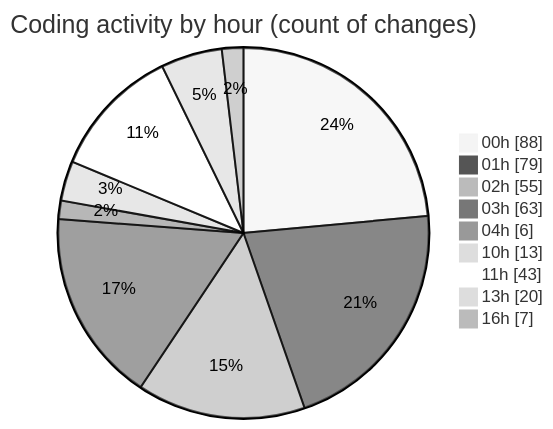
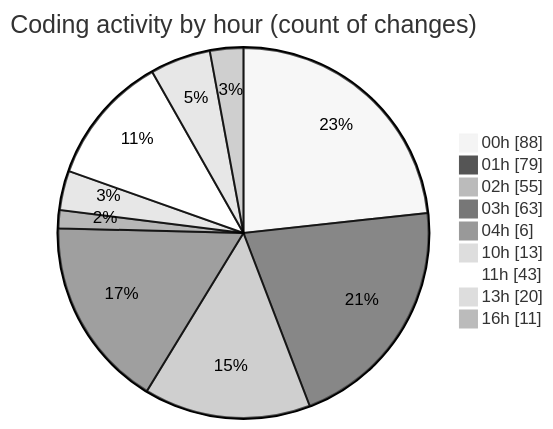
One commit to lephambinh05/code-tracking changed the second of 2 diagrams in 2025-08-16/rentotp/README.md. Above: the diagram before and after it, drawn with Mermaid (neutral theme). The commit also changed other lines of this file and 1 other file, not shown here.

````diff
--- a/2025-08-16/rentotp/README.md
+++ b/2025-08-16/rentotp/README.md
@@ -89,13 +91,13 @@
 ```mermaid
 pie showData
 title Coding activity by hour (count of changes)
 "00h" : 88
 "01h" : 79
 "02h" : 55
 "03h" : 63
 "04h" : 6
 "10h" : 13
 "11h" : 43
 "13h" : 20
-"16h" : 7
+"16h" : 11
 ```
````
